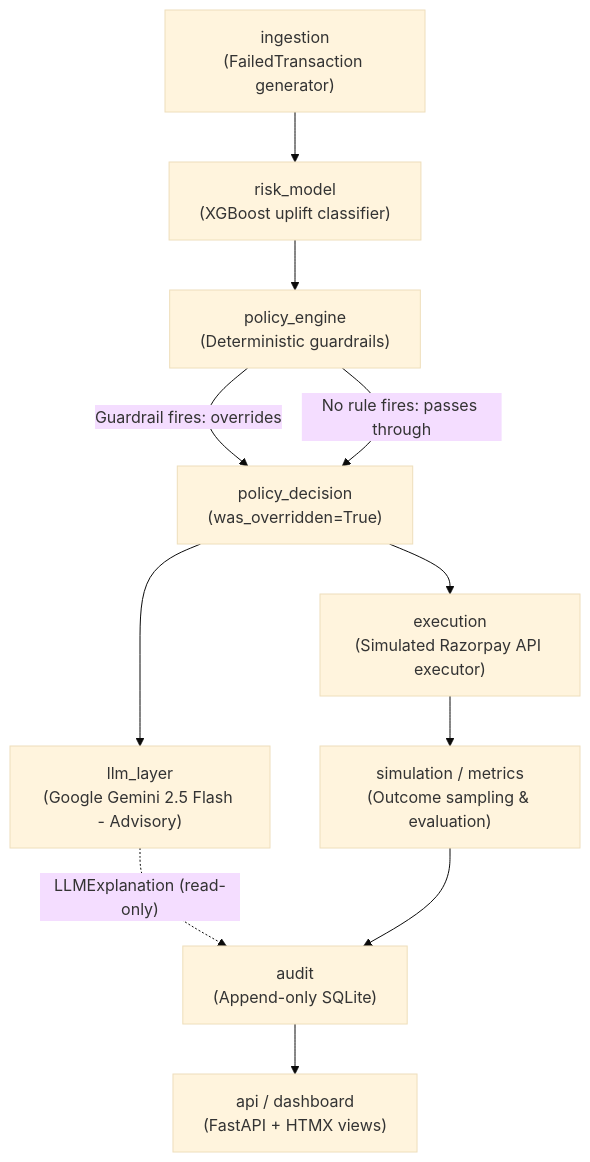
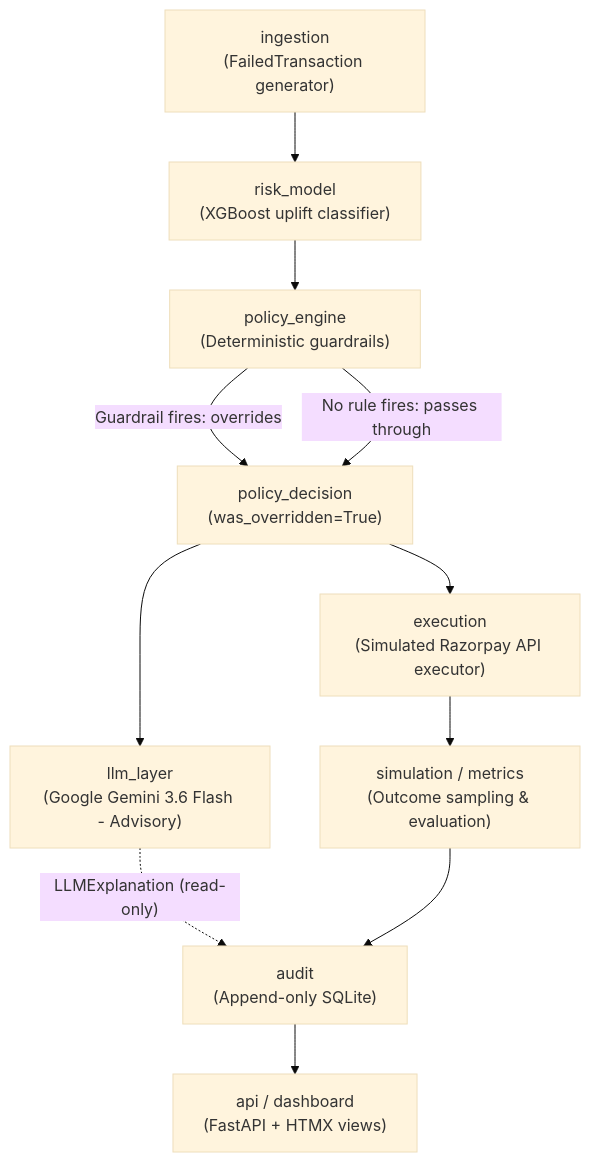
Before and after one commit to Dinesh-kumar9/Razorpay: the diagram in ARCHITECTURE.md, drawn with Mermaid (base theme). The commit also changed other lines of this file and 7 other files, not shown here.

````diff
--- a/ARCHITECTURE.md
+++ b/ARCHITECTURE.md
@@ -23,13 +23,13 @@
 ```mermaid
 flowchart TD
     A["ingestion\n(FailedTransaction generator)"] --> B["risk_model\n(XGBoost uplift classifier)"]
     B --> C["policy_engine\n(Deterministic guardrails)"]
     C -->|"Guardrail fires: overrides"| D["policy_decision\n(was_overridden=True)"]
     C -->|"No rule fires: passes through"| D
-    D --> E["llm_layer\n(Google Gemini 2.5 Flash - Advisory)"]
+    D --> E["llm_layer\n(Google Gemini 3.6 Flash - Advisory)"]
     E -.->|"LLMExplanation (read-only)"| H["audit\n(Append-only SQLite)"]
     D --> F["execution\n(Simulated Razorpay API executor)"]
     F --> G["simulation / metrics\n(Outcome sampling & evaluation)"]
     G --> H
     H --> I["api / dashboard\n(FastAPI + HTMX views)"]
 ```
````
